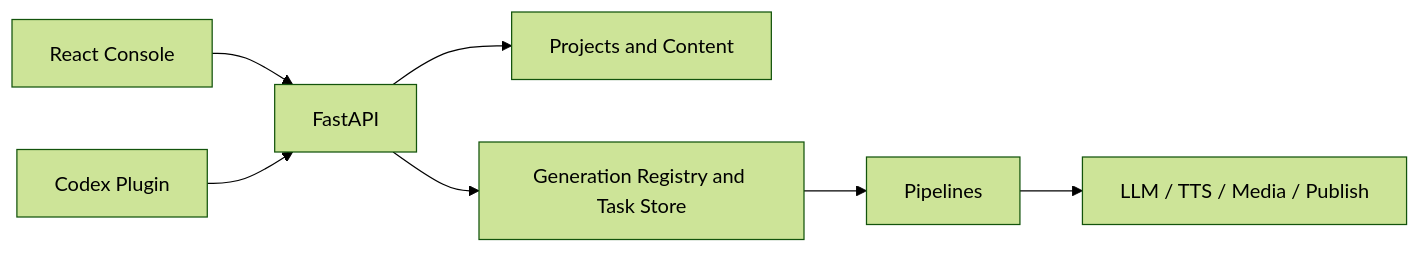
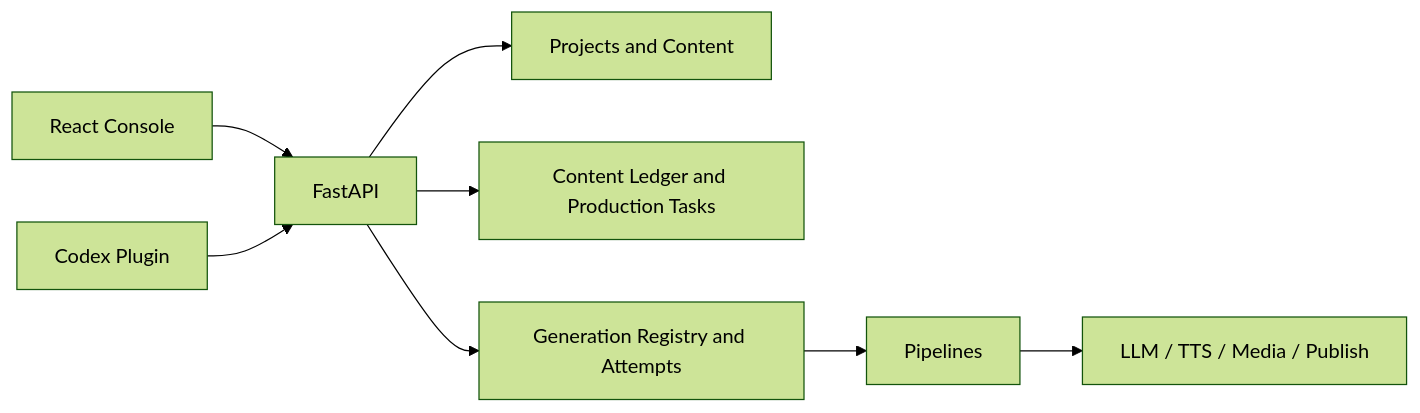
The diagram in docs/en/development/architecture.md (zhihao93li/Pixelle-Video-plus), drawn with Mermaid (forest theme) before and after one commit. The commit also changed other lines of this file and 310 other files, not shown here.

````diff
--- a/docs/en/development/architecture.md
+++ b/docs/en/development/architecture.md
@@ -5,9 +5,10 @@
 ```mermaid
 flowchart LR
     Console[React Console] --> API[FastAPI]
     Codex[Codex Plugin] --> API
     API --> Content[Projects and Content]
-    API --> Generation[Generation Registry and Task Store]
+    API --> Ledger[Content Ledger and Production Tasks]
+    API --> Generation[Generation Registry and Attempts]
     Generation --> Pipelines[Pipelines]
     Pipelines --> Services[LLM / TTS / Media / Publish]
 ```
````
